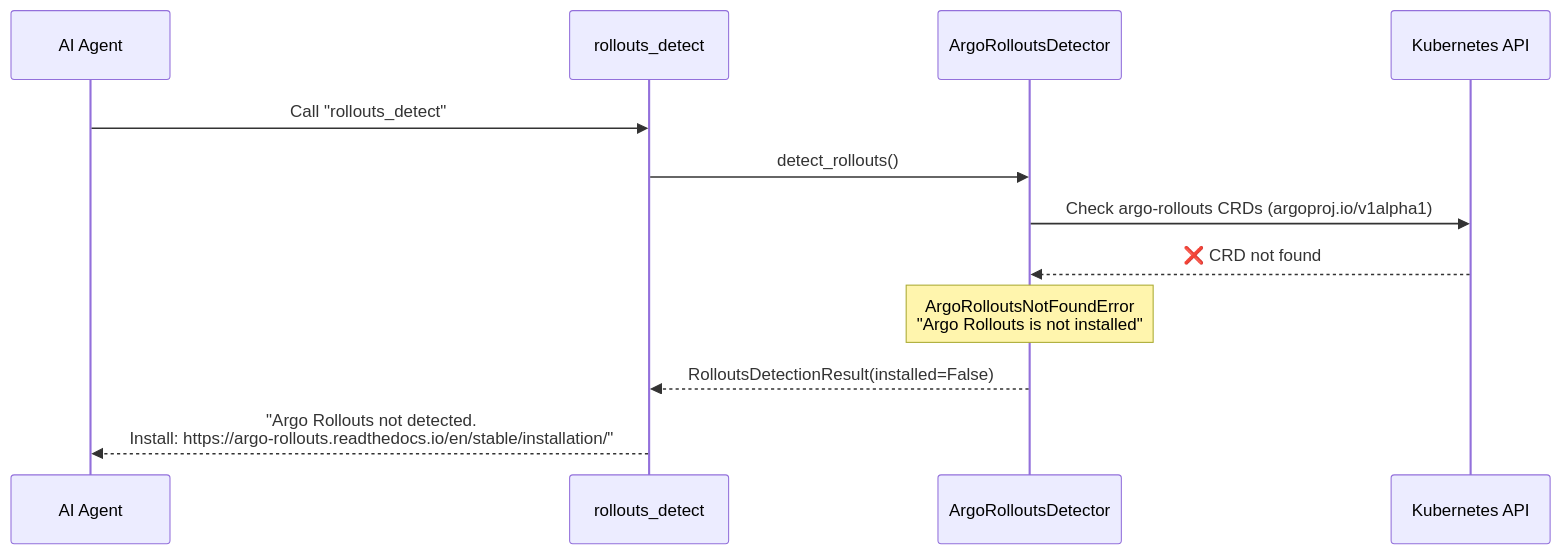
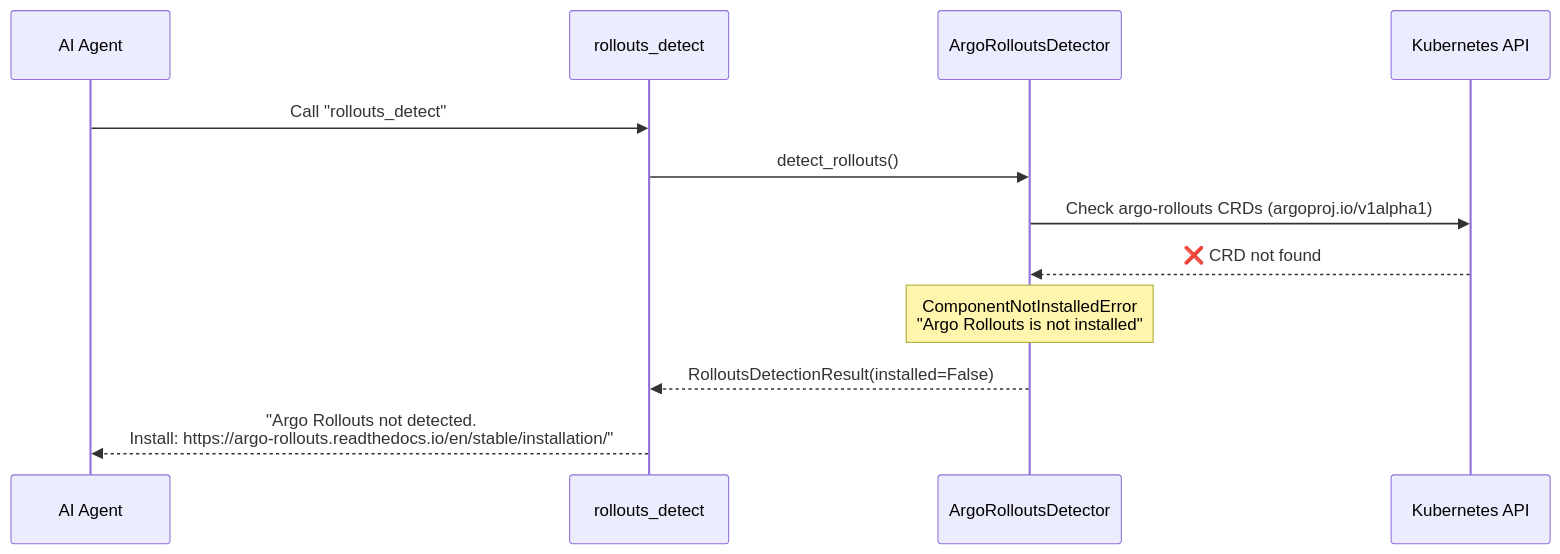
Before and after one commit to hexa-tools/hexawyn: the fourth of 4 diagrams in docs/use-cases/42-rollouts-detect.md, drawn with Mermaid. The commit also changed other lines of this file and 12 other files, not shown here.

````diff
--- a/docs/use-cases/42-rollouts-detect.md
+++ b/docs/use-cases/42-rollouts-detect.md
@@ -99,17 +99,17 @@
 ```mermaid
 sequenceDiagram
     participant AI as AI Agent
     participant Tool as rollouts_detect
     participant Detector as ArgoRolloutsDetector
     participant K8s as Kubernetes API
 
     AI->>Tool: Call "rollouts_detect"
     Tool->>Detector: detect_rollouts()
     Detector->>K8s: Check argo-rollouts CRDs (argoproj.io/v1alpha1)
     K8s-->>Detector: ❌ CRD not found
 
-    Note over Detector: ArgoRolloutsNotFoundError<br/>"Argo Rollouts is not installed"
+    Note over Detector: ComponentNotInstalledError<br/>"Argo Rollouts is not installed"
 
     Detector-->>Tool: RolloutsDetectionResult(installed=False)
     Tool-->>AI: "Argo Rollouts not detected.<br/>Install: https://argo-rollouts.readthedocs.io/en/stable/installation/"
 ```
````
